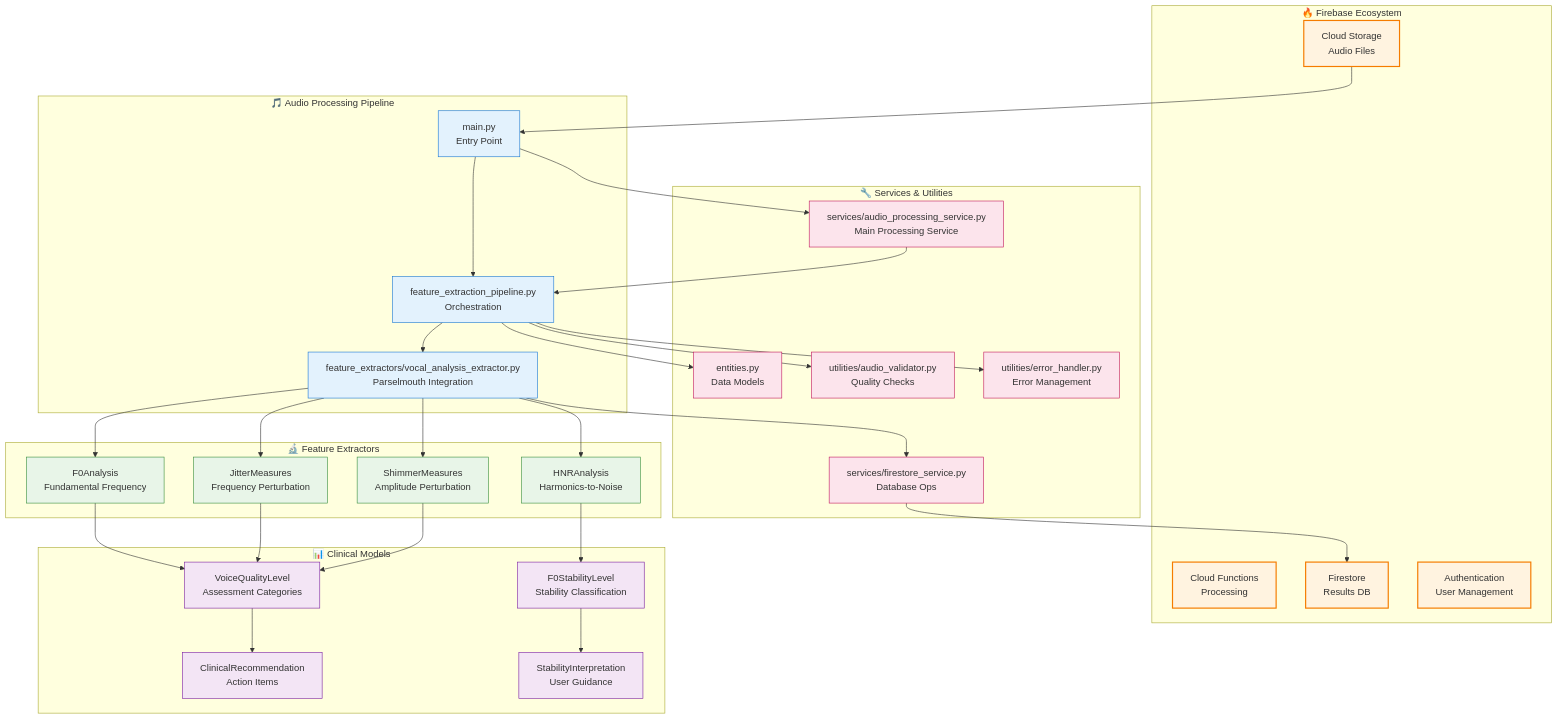
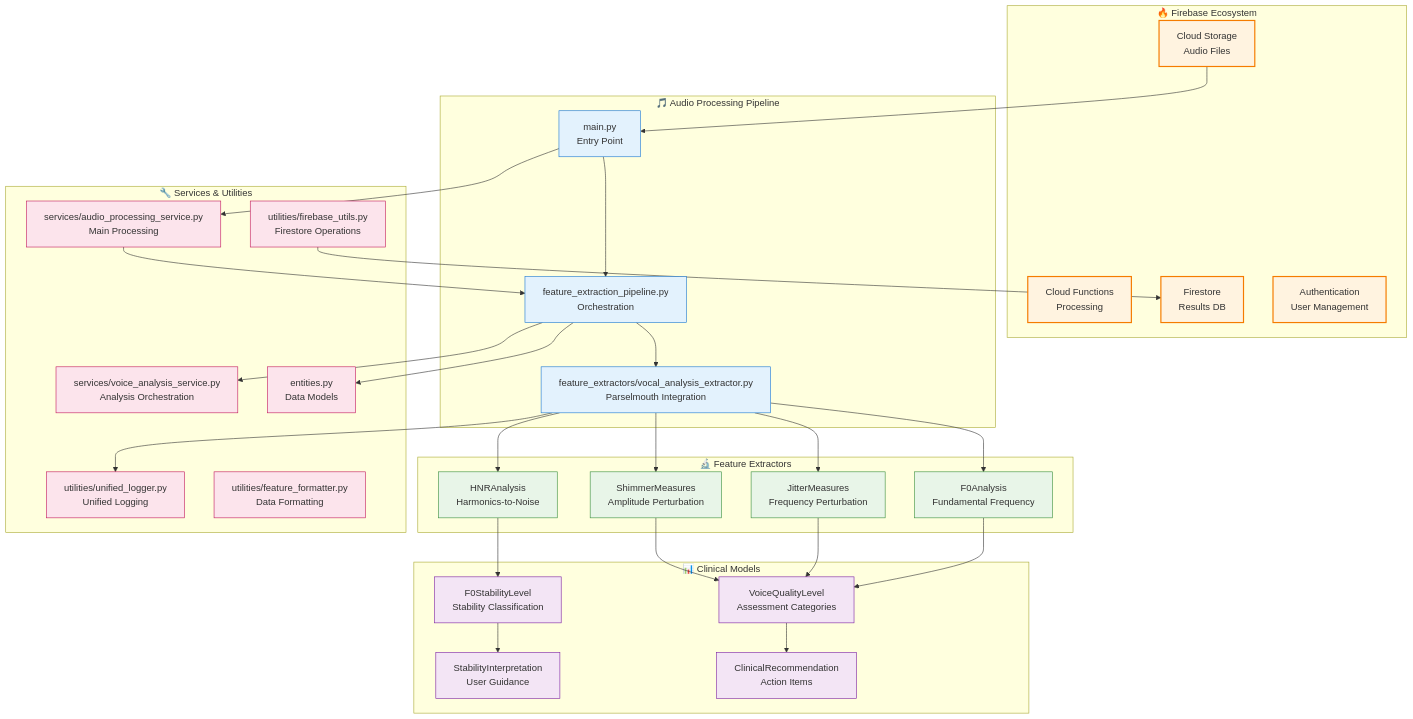
The fifth of 13 diagrams in ARCHITECTURE.md (PoisonIvory/sage), drawn with Mermaid before and after one commit. The commit also changed other lines of this file and 20 other files, not shown here.

````diff
--- a/ARCHITECTURE.md
+++ b/ARCHITECTURE.md
@@ -172,70 +266,70 @@
 ```mermaid
 graph TD
     subgraph "🔥 Firebase Ecosystem"
         A1[Cloud Storage<br/>Audio Files]
         A2[Cloud Functions<br/>Processing]
         A3[Firestore<br/>Results DB]
         A4[Authentication<br/>User Management]
     end
     
     subgraph "🎵 Audio Processing Pipeline"
         B1[main.py<br/>Entry Point]
         B2[feature_extraction_pipeline.py<br/>Orchestration]
         B3[feature_extractors/vocal_analysis_extractor.py<br/>Parselmouth Integration]
     end
     
     subgraph "🔬 Feature Extractors"
         C1[F0Analysis<br/>Fundamental Frequency]
         C2[JitterMeasures<br/>Frequency Perturbation]
         C3[ShimmerMeasures<br/>Amplitude Perturbation]
         C4[HNRAnalysis<br/>Harmonics-to-Noise]
     end
     
     subgraph "📊 Clinical Models"
         D1[VoiceQualityLevel<br/>Assessment Categories]
         D2[F0StabilityLevel<br/>Stability Classification]
         D3[ClinicalRecommendation<br/>Action Items]
         D4[StabilityInterpretation<br/>User Guidance]
     end
     
     subgraph "🔧 Services & Utilities"
         E1[entities.py<br/>Data Models]
-        E2[utilities/audio_validator.py<br/>Quality Checks]
-        E3[utilities/error_handler.py<br/>Error Management]
-        E4[services/firestore_service.py<br/>Database Ops]
-        E5[services/audio_processing_service.py<br/>Main Processing Service]
+        E2[services/audio_processing_service.py<br/>Main Processing]
+        E3[services/voice_analysis_service.py<br/>Analysis Orchestration]
+        E4[utilities/unified_logger.py<br/>Unified Logging]
+        E5[utilities/feature_formatter.py<br/>Data Formatting]
+        E6[utilities/firebase_utils.py<br/>Firestore Operations]
     end
     
     A1 --> B1
     B1 --> B2
     B2 --> B3
     B3 --> C1
     B3 --> C2
     B3 --> C3
     B3 --> C4
     C1 --> D1
     C2 --> D1
     C3 --> D1
     C4 --> D2
     D1 --> D3
     D2 --> D4
-    B1 --> E5
-    E5 --> B2
+    B1 --> E2
+    E2 --> B2
     B2 --> E1
-    B2 --> E2
     B2 --> E3
     B3 --> E4
-    E4 --> A3
+    E6 --> A3
     
     classDef firebase fill:#fff3e0,stroke:#f57c00,stroke-width:2px
     classDef pipeline fill:#e3f2fd,stroke:#1976d2,stroke-width:1px
     classDef extractor fill:#e8f5e8,stroke:#388e3c,stroke-width:1px
     classDef clinical fill:#f3e5f5,stroke:#7b1fa2,stroke-width:1px
     classDef service fill:#fce4ec,stroke:#c2185b,stroke-width:1px
     
     class A1,A2,A3,A4 firebase
     class B1,B2,B3 pipeline
     class C1,C2,C3,C4 extractor
     class D1,D2,D3,D4 clinical
-    class E1,E2,E3,E4,E5 service
+    class E1,E2,E3,E4,E5,E6 service
 ```
````
